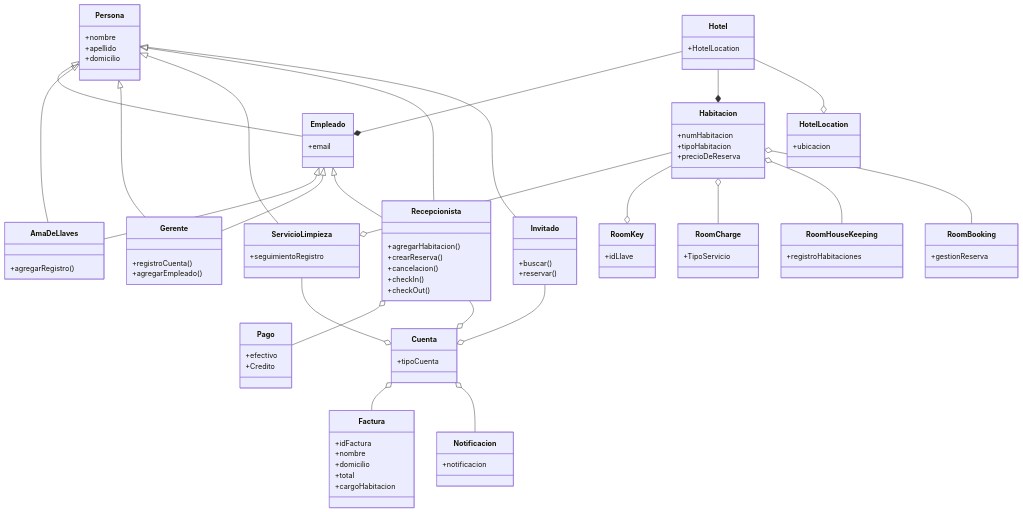
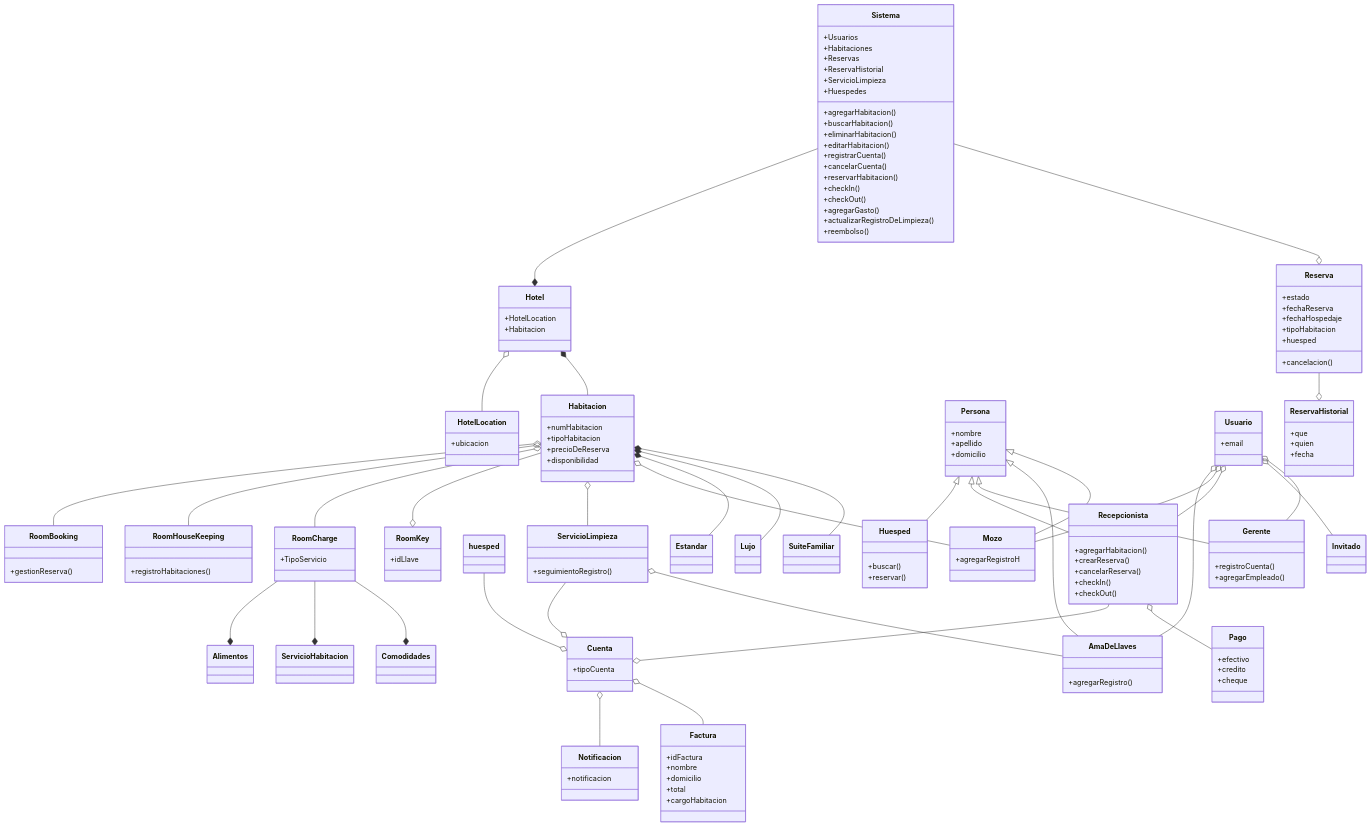
The diagram in doc/diagrama.mmd (abrilchauq/Gestion-Hotelera), drawn with Mermaid before and after one commit.

```diff
--- a/doc/diagrama.mmd
+++ b/doc/diagrama.mmd
@@ -1,100 +1,170 @@
 classDiagram
 
-    Hotel --o HotelLocation
-    Hotel --* Habitacion
-    Hotel --* Empleado
+    Hotel o-- HotelLocation
+    Hotel *-- Habitacion
 
-    Invitado --o Cuenta
+    Persona <|-- Huesped 
+    Persona <|-- Recepcionista
+    Persona <|-- Gerente
+    Persona <|-- AmaDeLlaves
+    Persona <|-- Mozo
+
+   huesped --o Cuenta
     Recepcionista --o Cuenta
     ServicioLimpieza --o Cuenta
 
-    Persona <|-- Invitado
-    Persona <|-- Recepcionista
-    Persona <|-- ServicioLimpieza
-    Persona <|-- Gerente
-    Persona <|-- AmaDeLlaves
-    Persona <|-- Empleado
+    ServicioLimpieza o-- AmaDeLlaves
 
     Habitacion o-- RoomBooking
     Habitacion o-- RoomHouseKeeping
     Habitacion o-- RoomCharge
     Habitacion --o RoomKey
-    Habitacion --o ServicioLimpieza
+    Habitacion o-- ServicioLimpieza
+    Habitacion o-- Mozo
 
     Cuenta o-- Notificacion
     Cuenta o-- Factura
 
     Recepcionista o-- Pago
 
-    Empleado <|-- Recepcionista
-    Empleado <|-- Gerente
-    Empleado <|-- AmaDeLlaves
+    Habitacion *-- Estandar
+    Habitacion *-- Lujo
+    Habitacion *-- SuiteFamiliar
+
+    RoomCharge --* Alimentos
+    RoomCharge --* ServicioHabitacion
+    RoomCharge --* Comodidades
+
+    Sistema --* Hotel
+    Sistema --o Reserva
+
+    Usuario o-- AmaDeLlaves
+    Usuario o-- Mozo 
+    Usuario o-- Recepcionista
+    Usuario o-- Invitado
+    Usuario o-- Gerente
+
+    Reserva --o ReservaHistorial 
+
+
 
     class Hotel
     Hotel: +HotelLocation
+    Hotel: +Habitacion
 
     class HotelLocation
     HotelLocation: +ubicacion
-
-    class Habitacion
-    Habitacion: +numHabitacion
-    Habitacion: +tipoHabitacion
-    Habitacion: +precioDeReserva
-
-    class Cuenta 
-    Cuenta: +tipoCuenta
 
     class Persona 
     Persona: +nombre
     Persona: +apellido
     Persona: +domicilio
 
+    class Habitacion
+    Habitacion: +numHabitacion
+    Habitacion: +tipoHabitacion
+    Habitacion: +precioDeReserva
+    Habitacion: +disponibilidad
+
+    class Cuenta 
+    Cuenta: +tipoCuenta
+
     class Gerente
     Gerente: +registroCuenta()
     Gerente: +agregarEmpleado()
 
-    class Empleado
-    Empleado: +email
-
-    class Invitado
-    Invitado: +buscar()
-    Invitado: +reservar()
+    class Huesped
+    Huesped: +buscar()
+    Huesped: +reservar()
 
     class AmaDeLlaves
     AmaDeLlaves: +agregarRegistro()
 
     class Recepcionista
     Recepcionista: +agregarHabitacion()
     Recepcionista: +crearReserva()
-    Recepcionista: +cancelacion()
+    Recepcionista: +cancelarReserva()
     Recepcionista: +checkIn()
     Recepcionista: +checkOut()
 
     class ServicioLimpieza
-    ServicioLimpieza: +seguimientoRegistro
+    ServicioLimpieza: +seguimientoRegistro()
 
     class RoomBooking 
-    RoomBooking: +gestionReserva
+    RoomBooking: +gestionReserva()
 
     class Notificacion
     Notificacion: +notificacion
 
     class RoomHouseKeeping
-    RoomHouseKeeping: +registroHabitaciones
+    RoomHouseKeeping: +registroHabitaciones()
 
     class RoomCharge
     RoomCharge: +TipoServicio
 
     class Factura
     Factura: +idFactura
     Factura: +nombre
     Factura: +domicilio
     Factura: +total
     Factura: +cargoHabitacion
 
     class RoomKey 
     RoomKey: +idLlave
 
     class Pago
     Pago: +efectivo
-    Pago: +Credito
+    Pago: +credito
+    Pago: +cheque
+
+    class ReservaHistorial
+    ReservaHistorial: +que
+    ReservaHistorial: +quien
+    ReservaHistorial: +fecha
+
+    class Reserva
+    Reserva: +estado
+    Reserva: +fechaReserva
+    Reserva: +fechaHospedaje
+    Reserva: +tipoHabitacion
+    Reserva: +huesped
+    Reserva: +cancelacion()
+
+    class Estandar
+
+    class Lujo
+
+    class SuiteFamiliar
+
+    class Alimentos
+
+    class ServicioHabitacion
+
+    class Comodidades
+
+    class Mozo
+    Mozo: +agregarRegistroH
+
+    class Usuario
+    Usuario: +email
+
+    class Sistema
+    Sistema: +Usuarios
+    Sistema: +Habitaciones
+    Sistema: +Reservas
+    Sistema: +ReservaHistorial
+    Sistema: +ServicioLimpieza
+    Sistema: +Huespedes
+
+    Sistema: +agregarHabitacion()
+    Sistema: +buscarHabitacion()
+    Sistema: +eliminarHabitacion()
+    Sistema: +editarHabitacion()
+    Sistema: +registrarCuenta()
+    Sistema: +cancelarCuenta()
+    Sistema: +reservarHabitacion()
+    Sistema: +checkIn()
+    Sistema: +checkOut()
+    Sistema: +agregarGasto()
+    Sistema: +actualizarRegistroDeLimpieza()
+    Sistema: +reembolso()
```
